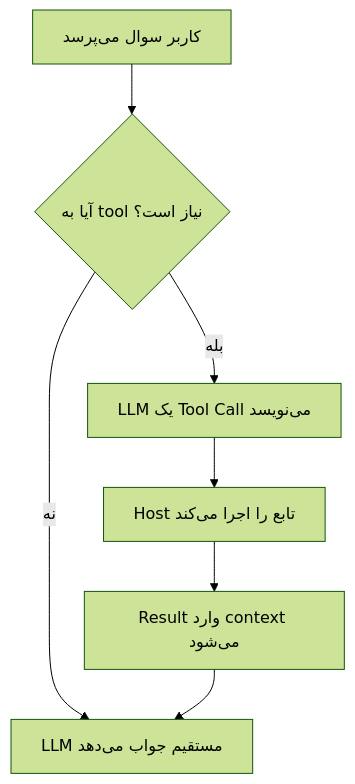
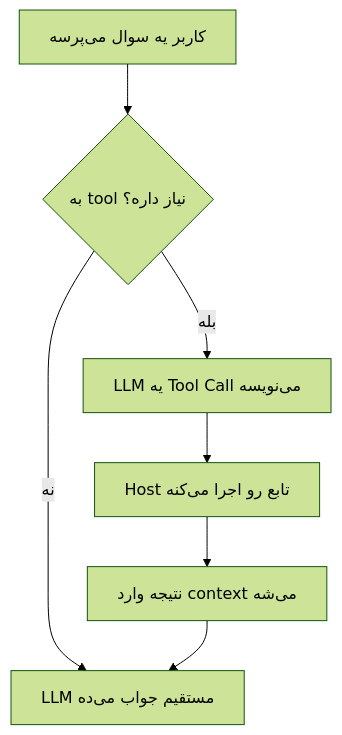
The first of 2 diagrams in mini-courses/1_fundamentals/tools_fa.md (lokumai/ai-engineering-bazaar), drawn with Mermaid (forest theme) before and after one commit. The commit also changed other lines of this file and 63 other files, not shown here.

````diff
--- a/mini-courses/1_fundamentals/tools_fa.md
+++ b/mini-courses/1_fundamentals/tools_fa.md
@@ -230,9 +227,9 @@
 ```mermaid
 graph TD
-    A["کاربر سوال می‌پرسد"] --> B{"آیا به tool نیاز است؟"}
-    B -->|نه| F["LLM مستقیم جواب می‌دهد"]
-    B -->|بله| C["LLM یک Tool Call می‌نویسد"]
-    C --> D["Host تابع را اجرا می‌کند"]
-    D --> E["Result وارد context می‌شود"]
+    A["کاربر یه سوال می‌پرسه"] --> B{"به tool نیاز داره؟"}
+    B -->|نه| F["LLM مستقیم جواب می‌ده"]
+    B -->|بله| C["LLM یه Tool Call می‌نویسه"]
+    C --> D["Host تابع رو اجرا می‌کنه"]
+    D --> E["نتیجه وارد context می‌شه"]
     E --> F
 ```
````
